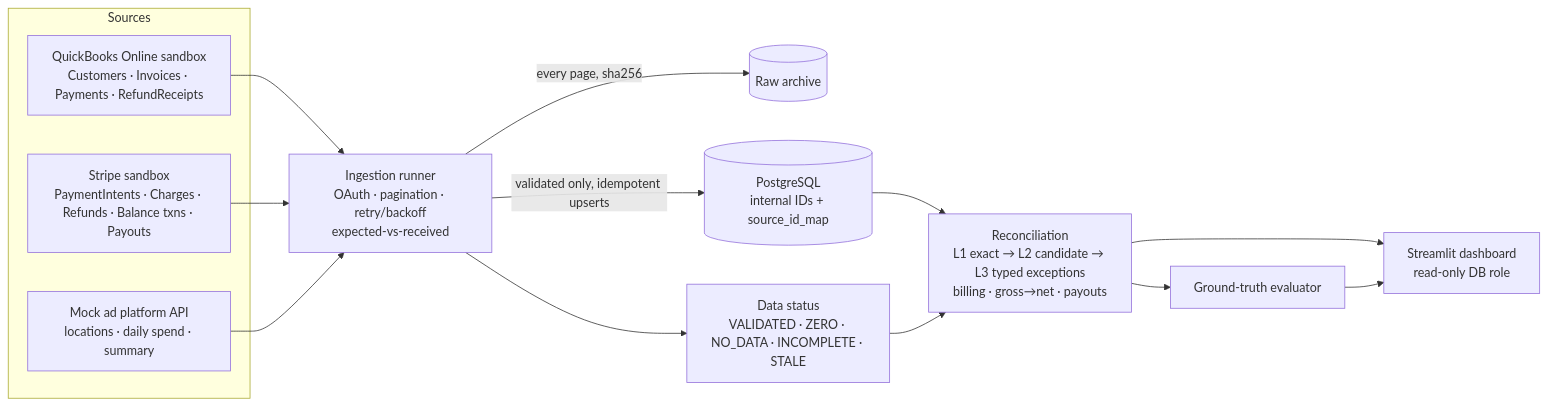
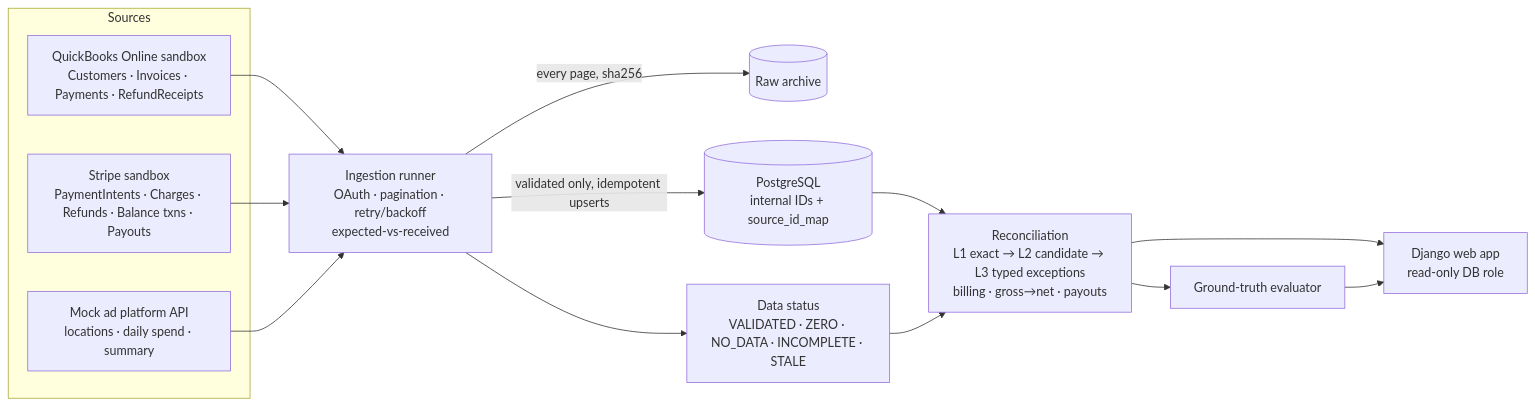
Before and after one commit to jjeong4335/finrecon: the first of 2 diagrams in README.md, drawn with Mermaid. The commit also changed other lines of this file and 38 other files, not shown here.

First line of the commit message:
Replace Streamlit with a read-only Django web app

````diff
--- a/README.md
+++ b/README.md
@@ -55,19 +55,19 @@
 ```mermaid
 flowchart LR
   subgraph Sources
     QBO[QuickBooks Online sandbox<br/>Customers · Invoices · Payments · RefundReceipts]
     STR[Stripe sandbox<br/>PaymentIntents · Charges · Refunds · Balance txns · Payouts]
     AD[Mock ad platform API<br/>locations · daily spend · summary]
   end
   QBO --> ING[Ingestion runner<br/>OAuth · pagination · retry/backoff<br/>expected-vs-received]
   STR --> ING
   AD --> ING
   ING -->|every page, sha256| RAW[(Raw archive)]
   ING -->|validated only, idempotent upserts| CORE[(PostgreSQL<br/>internal IDs + source_id_map)]
   ING --> DS[Data status<br/>VALIDATED · ZERO · NO_DATA · INCOMPLETE · STALE]
   CORE --> REC[Reconciliation<br/>L1 exact → L2 candidate → L3 typed exceptions<br/>billing · gross→net · payouts]
   DS --> REC
   REC --> EV[Ground-truth evaluator]
-  REC --> UI[Streamlit dashboard<br/>read-only DB role]
+  REC --> UI[Django web app<br/>read-only DB role]
   EV --> UI
 ```
````
